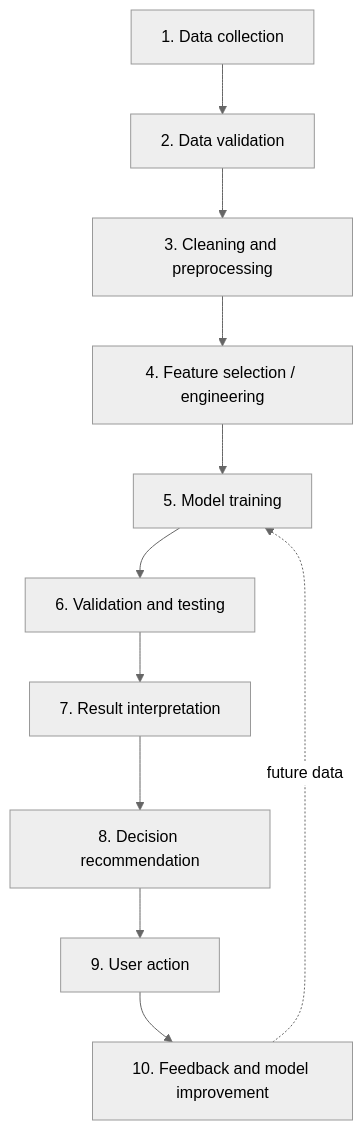
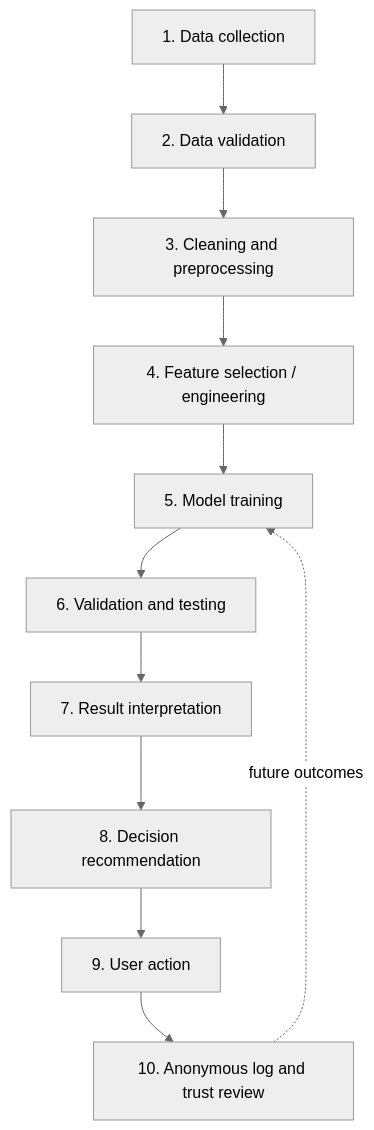
One commit to FRAmyZ010/sleep-health-dss changed the second of 2 diagrams in docs/report-supporting-content.md. Above: the diagram before and after it, drawn with Mermaid (neutral theme). The commit also changed other lines of this file and 22 other files, not shown here.

````diff
--- a/docs/report-supporting-content.md
+++ b/docs/report-supporting-content.md
@@ -94,13 +95,13 @@
 ```mermaid
 flowchart TD
   S1[1. Data collection] --> S2[2. Data validation]
   S2 --> S3[3. Cleaning and preprocessing]
   S3 --> S4[4. Feature selection / engineering]
   S4 --> S5[5. Model training]
   S5 --> S6[6. Validation and testing]
   S6 --> S7[7. Result interpretation]
   S7 --> S8[8. Decision recommendation]
   S8 --> S9[9. User action]
-  S9 --> S10[10. Feedback and model improvement]
-  S10 -.future data.-> S5
+  S9 --> S10[10. Anonymous log and trust review]
+  S10 -.future outcomes.-> S5
 ```
````
